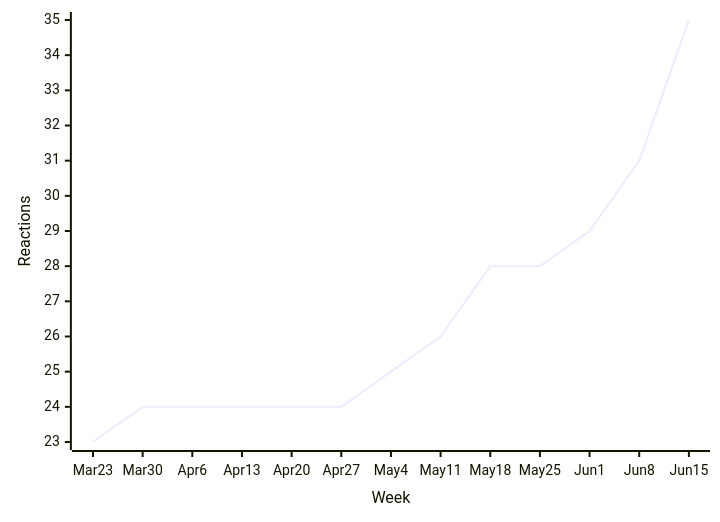
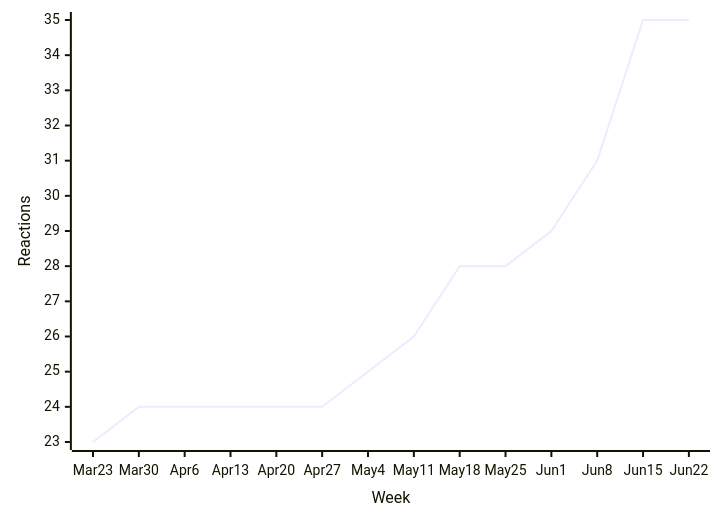
Diagram 12 of 50 in README.md (loic-sharma/github-insights), drawn with Mermaid before and after one commit. The commit also changed other lines of this file and 3 other files, not shown here.

````diff
--- a/README.md
+++ b/README.md
@@ -526,6 +526,6 @@
   ```mermaid
   xychart-beta
-    x-axis "Week" [Mar 23, Mar 30, Apr 6, Apr 13, Apr 20, Apr 27, May 4, May 11, May 18, May 25, Jun 1, Jun 8, Jun 15]
+    x-axis "Week" [Mar 23, Mar 30, Apr 6, Apr 13, Apr 20, Apr 27, May 4, May 11, May 18, May 25, Jun 1, Jun 8, Jun 15, Jun 22]
     y-axis "Reactions"
-    line [23, 24, 24, 24, 24, 24, 25, 26, 28, 28, 29, 31, 35]
+    line [23, 24, 24, 24, 24, 24, 25, 26, 28, 28, 29, 31, 35, 35]
   ```
````
